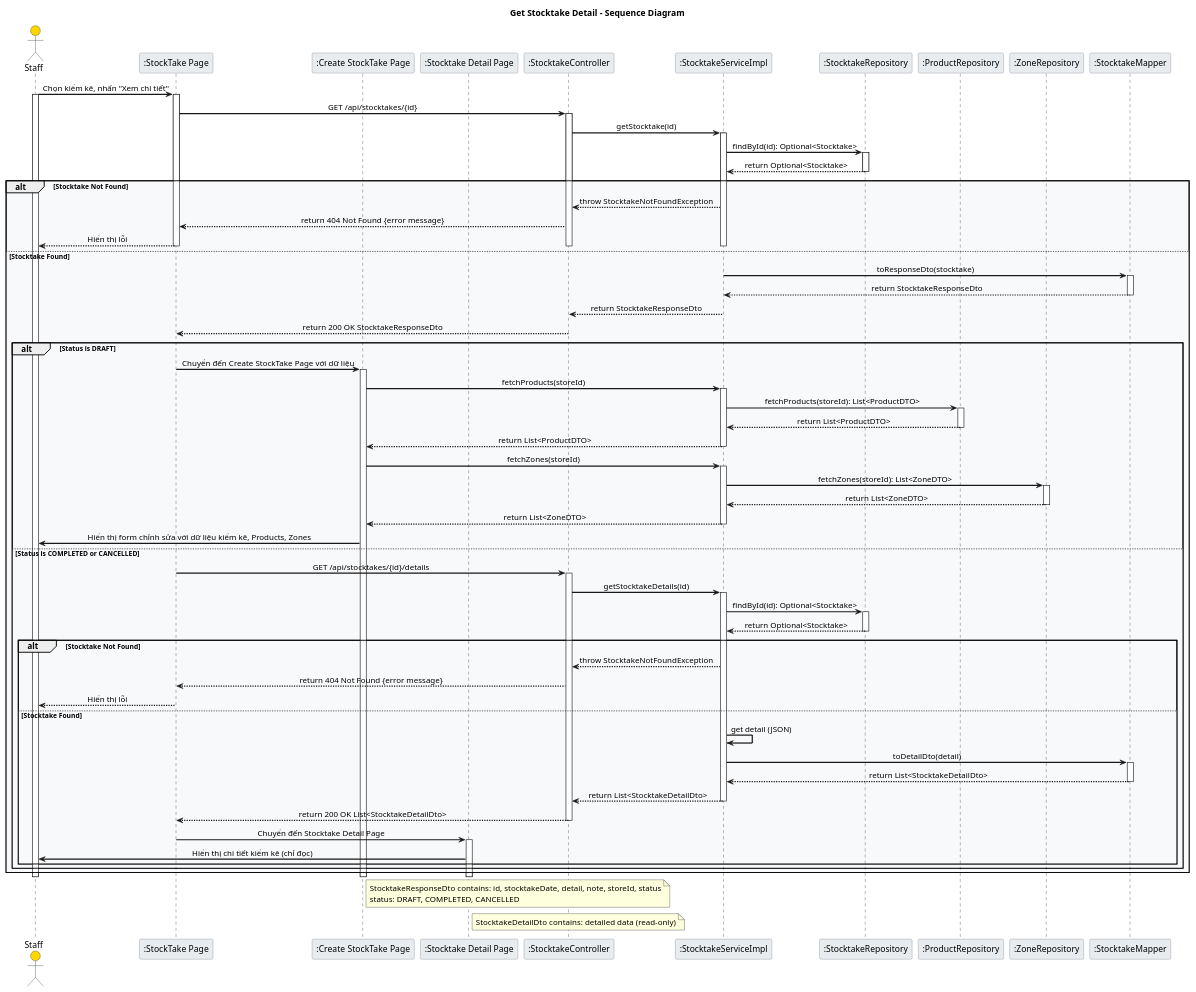
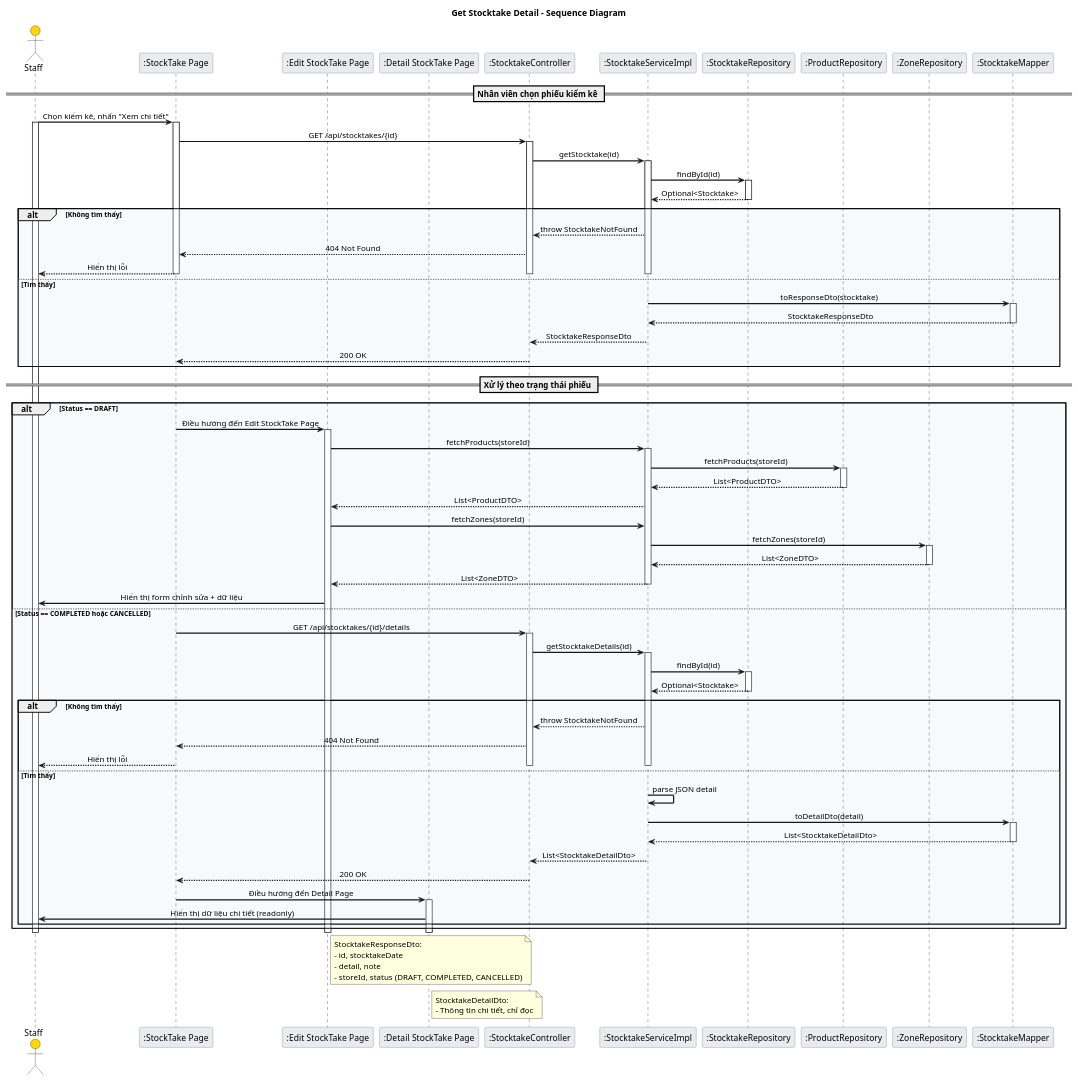
One commit to LamVNT/Farmovo changed the diagram in Stocktake_GetDetail_Sequence.puml. Above: the diagram before and after it, drawn with PlantUML. The commit also changed 20 other files, not shown here.

Commit message:
Fix Logic Paging StockTake, Category

```diff
--- a/Stocktake_GetDetail_Sequence.puml
+++ b/Stocktake_GetDetail_Sequence.puml
@@ -1,116 +1,132 @@
 @startuml Stocktake_GetDetail_Sequence
 
 skinparam backgroundColor white
 skinparam sequenceArrowThickness 2
 skinparam sequenceMessageAlign center
 skinparam sequenceGroupBodyBackgroundColor #F8F9FA
 skinparam sequenceParticipantBorderColor #6C757D
 skinparam sequenceParticipantBackgroundColor #E9ECEF
 skinparam sequenceLifeLineStroke dash
 skinparam actorBackgroundColor #FFD700
 
 title Get Stocktake Detail - Sequence Diagram
 
 actor Staff
 participant ":StockTake Page" as UI
-participant ":Create StockTake Page" as CSUI
-participant ":Stocktake Detail Page" as DUI
-participant ":StocktakeController" as CC
-participant ":StocktakeServiceImpl" as CS
-participant ":StocktakeRepository" as CR
-participant ":ProductRepository" as PR
-participant ":ZoneRepository" as ZR
-participant ":StocktakeMapper" as CM
+participant ":Edit StockTake Page" as EditUI
+participant ":Detail StockTake Page" as DetailUI
+participant ":StocktakeController" as Controller
+participant ":StocktakeServiceImpl" as Service
+participant ":StocktakeRepository" as StocktakeRepo
+participant ":ProductRepository" as ProductRepo
+participant ":ZoneRepository" as ZoneRepo
+participant ":StocktakeMapper" as Mapper
 
+== Nhân viên chọn phiếu kiểm kê ==
 Staff -> UI: Chọn kiểm kê, nhấn "Xem chi tiết"
 activate Staff
 activate UI
-UI -> CC: GET /api/stocktakes/{id}
-activate CC
-CC -> CS: getStocktake(id)
-activate CS
-CS -> CR: findById(id): Optional<Stocktake>
-activate CR
-CR --> CS: return Optional<Stocktake>
-deactivate CR
-alt Stocktake Not Found
-    CS --> CC: throw StocktakeNotFoundException
-    CC --> UI: return 404 Not Found {error message}
+
+UI -> Controller: GET /api/stocktakes/{id}
+activate Controller
+Controller -> Service: getStocktake(id)
+activate Service
+Service -> StocktakeRepo: findById(id)
+activate StocktakeRepo
+StocktakeRepo --> Service: Optional<Stocktake>
+deactivate StocktakeRepo
+
+alt Không tìm thấy
+    Service --> Controller: throw StocktakeNotFound
+    Controller --> UI: 404 Not Found
     UI --> Staff: Hiển thị lỗi
-    deactivate CS
-    deactivate CC
+    deactivate Service
+    deactivate Controller
     deactivate UI
-else Stocktake Found
-    CS -> CM: toResponseDto(stocktake)
-    activate CM
-    CM --> CS: return StocktakeResponseDto
-    deactivate CM
-    CS --> CC: return StocktakeResponseDto
-    deactivate CS
-    CC --> UI: return 200 OK StocktakeResponseDto
-    deactivate CC
-    alt Status is DRAFT
-        UI -> CSUI: Chuyển đến Create StockTake Page với dữ liệu
+else Tìm thấy
+    Service -> Mapper: toResponseDto(stocktake)
+    activate Mapper
+    Mapper --> Service: StocktakeResponseDto
+    deactivate Mapper
+    Service --> Controller: StocktakeResponseDto
+    deactivate Service
+    Controller --> UI: 200 OK
+    deactivate Controller
+end
+
+== Xử lý theo trạng thái phiếu ==
+
+alt Status == DRAFT
+    UI -> EditUI: Điều hướng đến Edit StockTake Page
+    deactivate UI
+    activate EditUI
+
+    EditUI -> Service: fetchProducts(storeId)
+    activate Service
+    Service -> ProductRepo: fetchProducts(storeId)
+    activate ProductRepo
+    ProductRepo --> Service: List<ProductDTO>
+    deactivate ProductRepo
+    Service --> EditUI: List<ProductDTO>
+
+    EditUI -> Service: fetchZones(storeId)
+    Service -> ZoneRepo: fetchZones(storeId)
+    activate ZoneRepo
+    ZoneRepo --> Service: List<ZoneDTO>
+    deactivate ZoneRepo
+    Service --> EditUI: List<ZoneDTO>
+    deactivate Service
+
+    EditUI -> Staff: Hiển thị form chỉnh sửa + dữ liệu
+
+else Status == COMPLETED hoặc CANCELLED
+    UI -> Controller: GET /api/stocktakes/{id}/details
+    activate Controller
+    Controller -> Service: getStocktakeDetails(id)
+    activate Service
+    Service -> StocktakeRepo: findById(id)
+    activate StocktakeRepo
+    StocktakeRepo --> Service: Optional<Stocktake>
+    deactivate StocktakeRepo
+
+    alt Không tìm thấy
+        Service --> Controller: throw StocktakeNotFound
+        Controller --> UI: 404 Not Found
+        UI --> Staff: Hiển thị lỗi
+        deactivate Service
+        deactivate Controller
+    else Tìm thấy
+        Service -> Service: parse JSON detail
+        Service -> Mapper: toDetailDto(detail)
+        activate Mapper
+        Mapper --> Service: List<StocktakeDetailDto>
+        deactivate Mapper
+        Service --> Controller: List<StocktakeDetailDto>
+        deactivate Service
+        Controller --> UI: 200 OK
+        deactivate Controller
+
+        UI -> DetailUI: Điều hướng đến Detail Page
         deactivate UI
-        activate CSUI
-        CSUI -> CS: fetchProducts(storeId)
-        activate CS
-        CS -> PR: fetchProducts(storeId): List<ProductDTO>
-        activate PR
-        PR --> CS: return List<ProductDTO>
-        deactivate PR
-        CS --> CSUI: return List<ProductDTO>
-        deactivate CS
-        CSUI -> CS: fetchZones(storeId)
-        activate CS
-        CS -> ZR: fetchZones(storeId): List<ZoneDTO>
-        activate ZR
-        ZR --> CS: return List<ZoneDTO>
-        deactivate ZR
-        CS --> CSUI: return List<ZoneDTO>
-        deactivate CS
-        CSUI -> Staff: Hiển thị form chỉnh sửa với dữ liệu kiểm kê, Products, Zones
-    else Status is COMPLETED or CANCELLED
-        UI -> CC: GET /api/stocktakes/{id}/details
-        activate CC
-        CC -> CS: getStocktakeDetails(id)
-        activate CS
-        CS -> CR: findById(id): Optional<Stocktake>
-        activate CR
-        CR --> CS: return Optional<Stocktake>
-        deactivate CR
-        alt Stocktake Not Found
-            CS --> CC: throw StocktakeNotFoundException
-            CC --> UI: return 404 Not Found {error message}
-            UI --> Staff: Hiển thị lỗi
-        else Stocktake Found
-            CS -> CS: get detail (JSON)
-            CS -> CM: toDetailDto(detail)
-            activate CM
-            CM --> CS: return List<StocktakeDetailDto>
-            deactivate CM
-            CS --> CC: return List<StocktakeDetailDto>
-            deactivate CS
-            CC --> UI: return 200 OK List<StocktakeDetailDto>
-            deactivate CC
-            UI -> DUI: Chuyển đến Stocktake Detail Page
-            deactivate UI
-            activate DUI
-            DUI -> Staff: Hiển thị chi tiết kiểm kê (chỉ đọc)
-        end
+        activate DetailUI
+        DetailUI -> Staff: Hiển thị dữ liệu chi tiết (readonly)
     end
 end
 
-deactivate DUI
-deactivate CSUI
+deactivate DetailUI
+deactivate EditUI
 deactivate Staff
 
-note right of CSUI
-    StocktakeResponseDto contains: id, stocktakeDate, detail, note, storeId, status
-    status: DRAFT, COMPLETED, CANCELLED
+note right of EditUI
+StocktakeResponseDto:
+- id, stocktakeDate
+- detail, note
+- storeId, status (DRAFT, COMPLETED, CANCELLED)
 end note
-note right of DUI
-    StocktakeDetailDto contains: detailed data (read-only)
+
+note right of DetailUI
+StocktakeDetailDto:
+- Thông tin chi tiết, chỉ đọc
 end note
 
 @enduml
```
